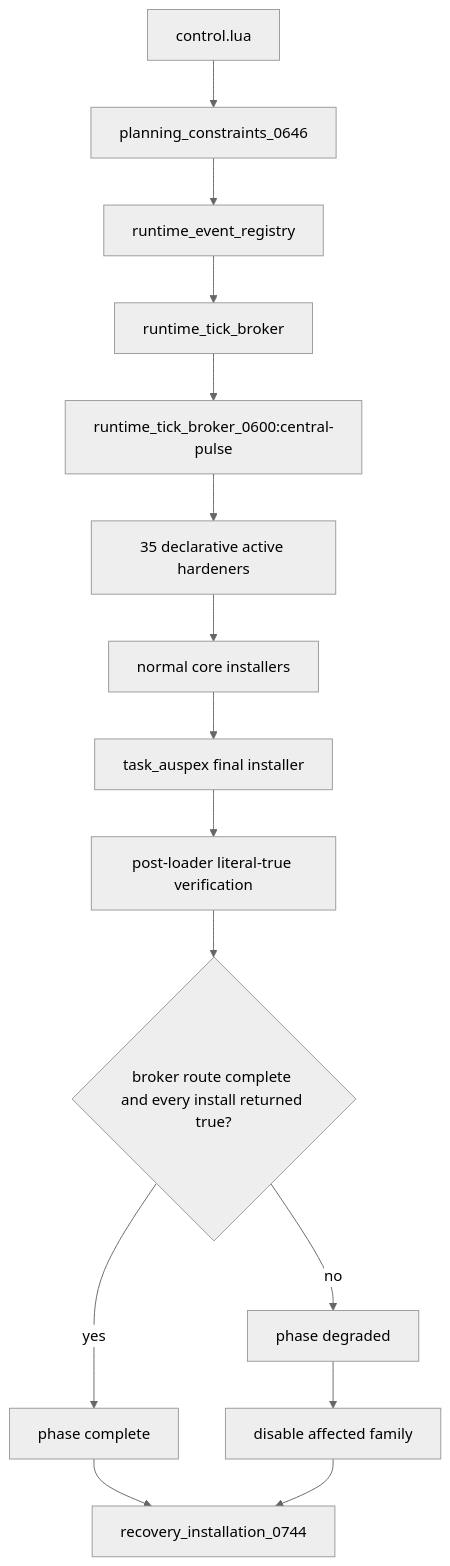
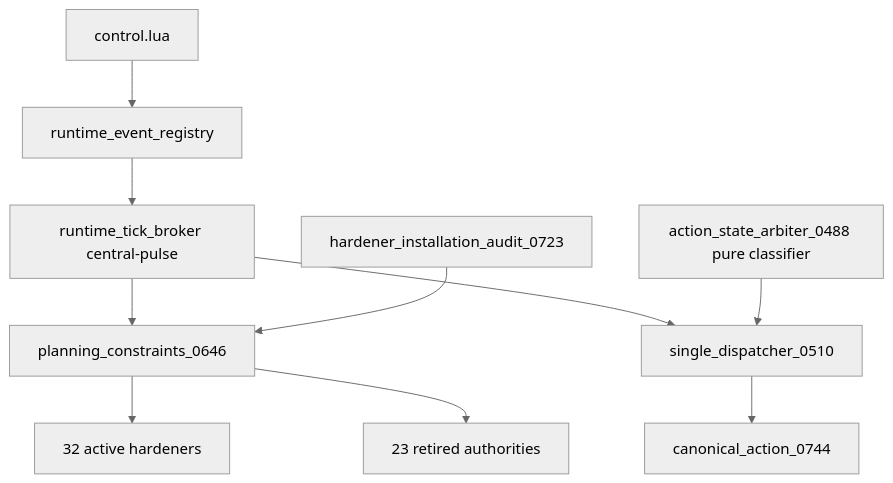
Before and after one commit to mrcalzon02/Tech-Priests: the first of 6 diagrams in docs/RECOVERY_AUTHORITY_MAP_CURRENT.md, drawn with Mermaid (neutral theme). The commit also changed other lines of this file, not shown here.

````diff
--- a/docs/RECOVERY_AUTHORITY_MAP_CURRENT.md
+++ b/docs/RECOVERY_AUTHORITY_MAP_CURRENT.md
@@ -27,21 +12,12 @@
 ```mermaid
 flowchart TD
-    Control[control.lua]
-    Planning[planning_constraints_0646]
-    Registry[runtime_event_registry]
-    Broker[runtime_tick_broker]
-    Route[runtime_tick_broker_0600:central-pulse]
-    Active[35 declarative active hardeners]
-    Core[normal core installers]
-    Final[task_auspex final installer]
-    Verify[post-loader literal-true verification]
-    Complete{broker route complete and every install returned true?}
-    Ready[phase complete]
-    Degraded[phase degraded]
-    Disable[disable affected family]
-    Ledger[recovery_installation_0744]
-
-    Control --> Planning --> Registry --> Broker --> Route --> Active --> Core --> Final --> Verify --> Complete
-    Complete -- yes --> Ready --> Ledger
-    Complete -- no --> Degraded --> Disable --> Ledger
+    Control[control.lua] --> Registry[runtime_event_registry]
+    Registry --> Broker[runtime_tick_broker central-pulse]
+    Broker --> Planning[planning_constraints_0646]
+    Planning --> Prearm[32 active hardeners]
+    Planning --> Retired[23 retired authorities]
+    Broker --> Dispatcher[single_dispatcher_0510]
+    Dispatcher --> Action[canonical_action_0744]
+    Arbiter[action_state_arbiter_0488 pure classifier] --> Dispatcher
+    Finalizer[hardener_installation_audit_0723] --> Planning
 ```
````
